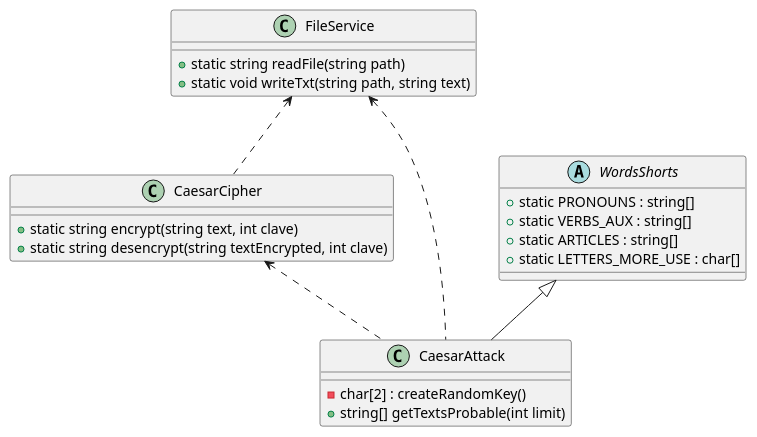
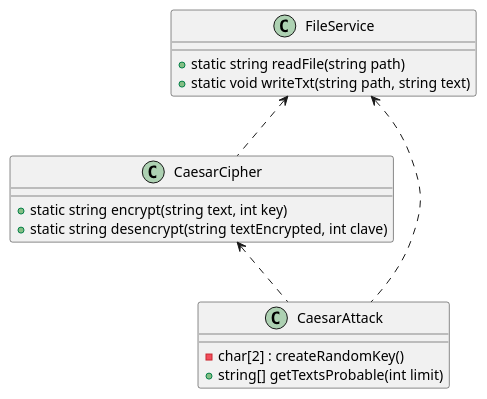
One commit to Iyaka666/ultimoIntentoCifradoCesar changed the diagram in src/UML/cesarUML.puml. Above: the diagram before and after it, drawn with PlantUML.

```diff
--- a/src/UML/cesarUML.puml
+++ b/src/UML/cesarUML.puml
@@ -1,31 +1,23 @@
 @startuml cesar
 skinparam groupInheritance 2
 
 class CaesarCipher{
-  +static string encrypt(string text, int clave)
+  +static string encrypt(string text, int key)
   +static string desencrypt(string textEncrypted, int clave)
 }
 
 class CaesarAttack{
   -char[2] : createRandomKey()
   +string[] getTextsProbable(int limit)
 }
 
 ' Una clase que se encarga de las operaciones sobre archivos, en este caso sólo escritura y lectura
 class FileService {
   + static string readFile(string path)
   + static void writeTxt(string path, string text)
 }
 
-abstract WordsShorts{
-  + static PRONOUNS : string[]
-  + static VERBS_AUX : string[]
-  + static ARTICLES : string[]
-  + static LETTERS_MORE_USE : char[]
-}
-
-WordsShorts <|-- CaesarAttack
 FileService <.. CaesarCipher
 FileService <.. CaesarAttack
 CaesarCipher <.. CaesarAttack
 @enduml
```
